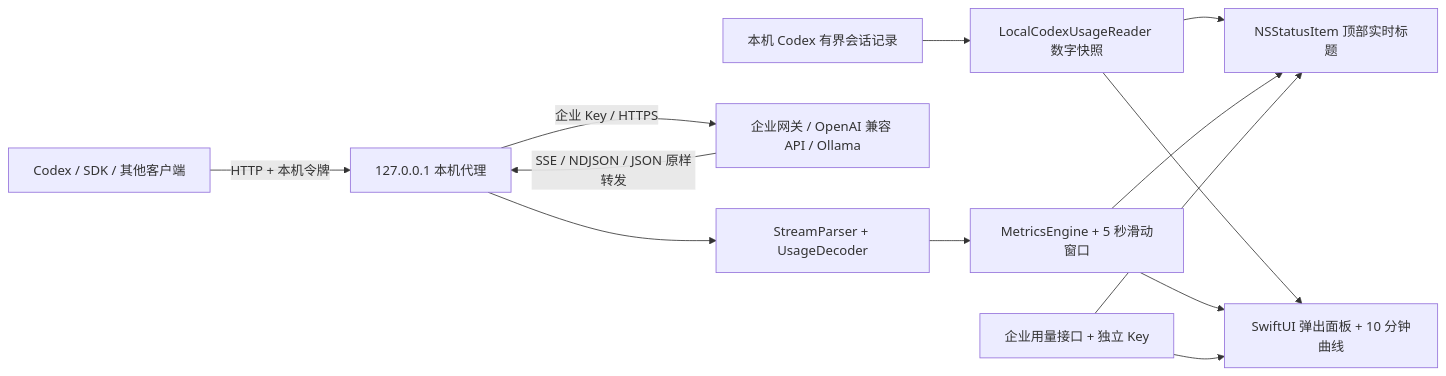
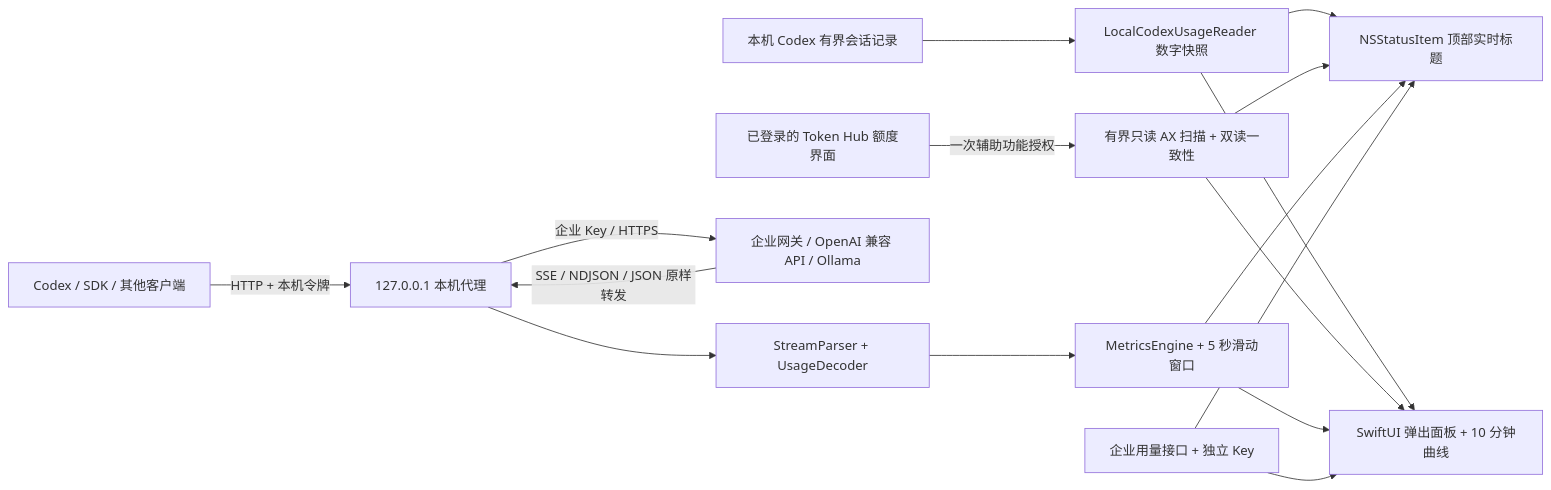
Before and after one commit to Tupig/TokenStatMenu: the diagram in README.md, drawn with Mermaid. The commit also changed other lines of this file and 23 other files, not shown here.

First line of the commit message:
Add automatic permission-bound Token Hub quota display

````diff
--- a/README.md
+++ b/README.md
@@ -15,15 +15,18 @@
 ```mermaid
 flowchart LR
     Local[本机 Codex 有界会话记录] --> Reader[LocalCodexUsageReader 数字快照]
     Reader --> Menu
     Reader --> Panel
+    Hub[已登录的 Token Hub 额度界面] -->|一次辅助功能授权| AX[有界只读 AX 扫描 + 双读一致性]
+    AX --> Panel
+    AX --> Menu
     Client[Codex / SDK / 其他客户端] -->|HTTP + 本机令牌| Proxy[127.0.0.1 本机代理]
     Proxy -->|企业 Key / HTTPS| API[企业网关 / OpenAI 兼容 API / Ollama]
     API -->|SSE / NDJSON / JSON 原样转发| Proxy
     Proxy --> Parser[StreamParser + UsageDecoder]
     Parser --> Engine[MetricsEngine + 5 秒滑动窗口]
     Engine --> Menu[NSStatusItem 顶部实时标题]
     Engine --> Panel[SwiftUI 弹出面板 + 10 分钟曲线]
     Quota[企业用量接口 + 独立 Key] --> Panel
     Quota --> Menu
 ```
````
